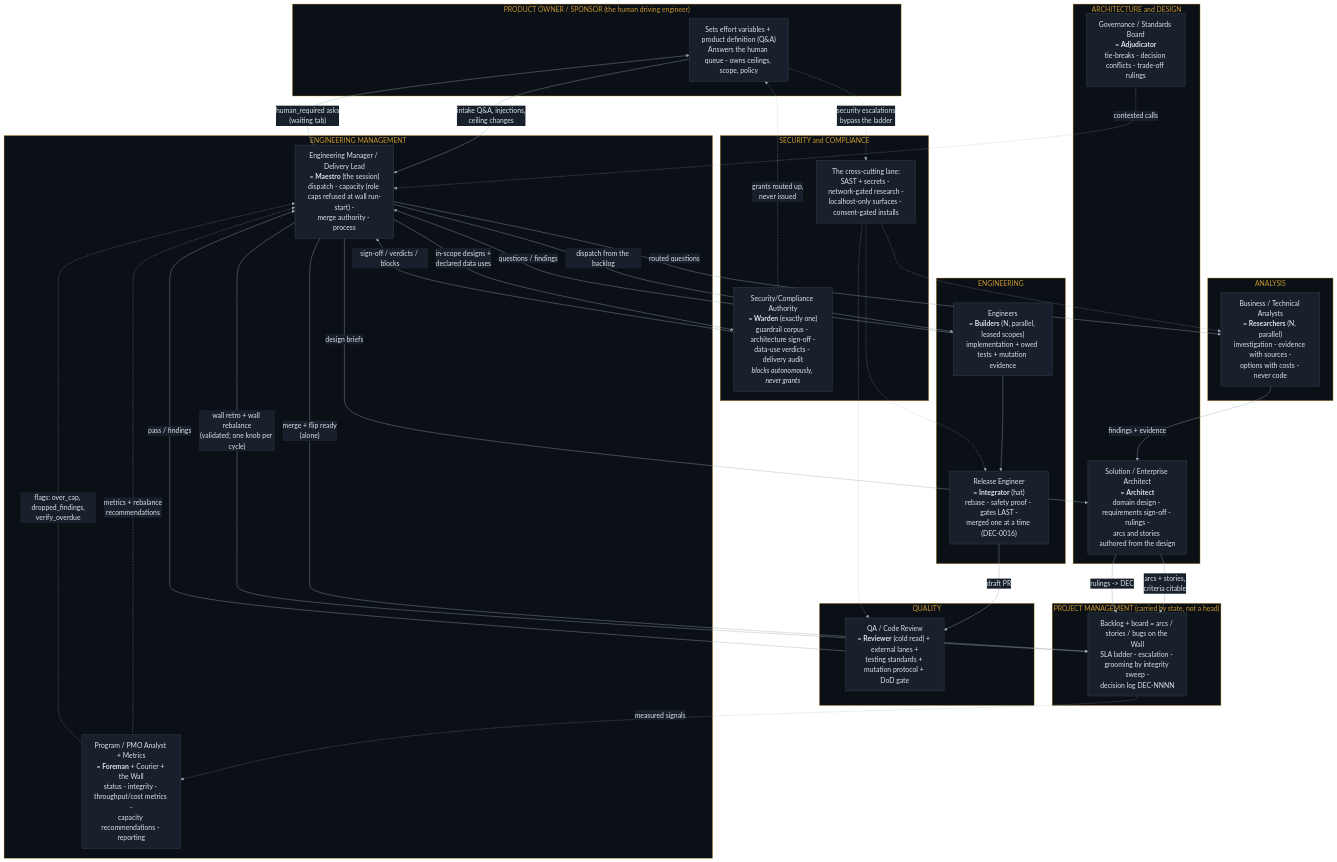
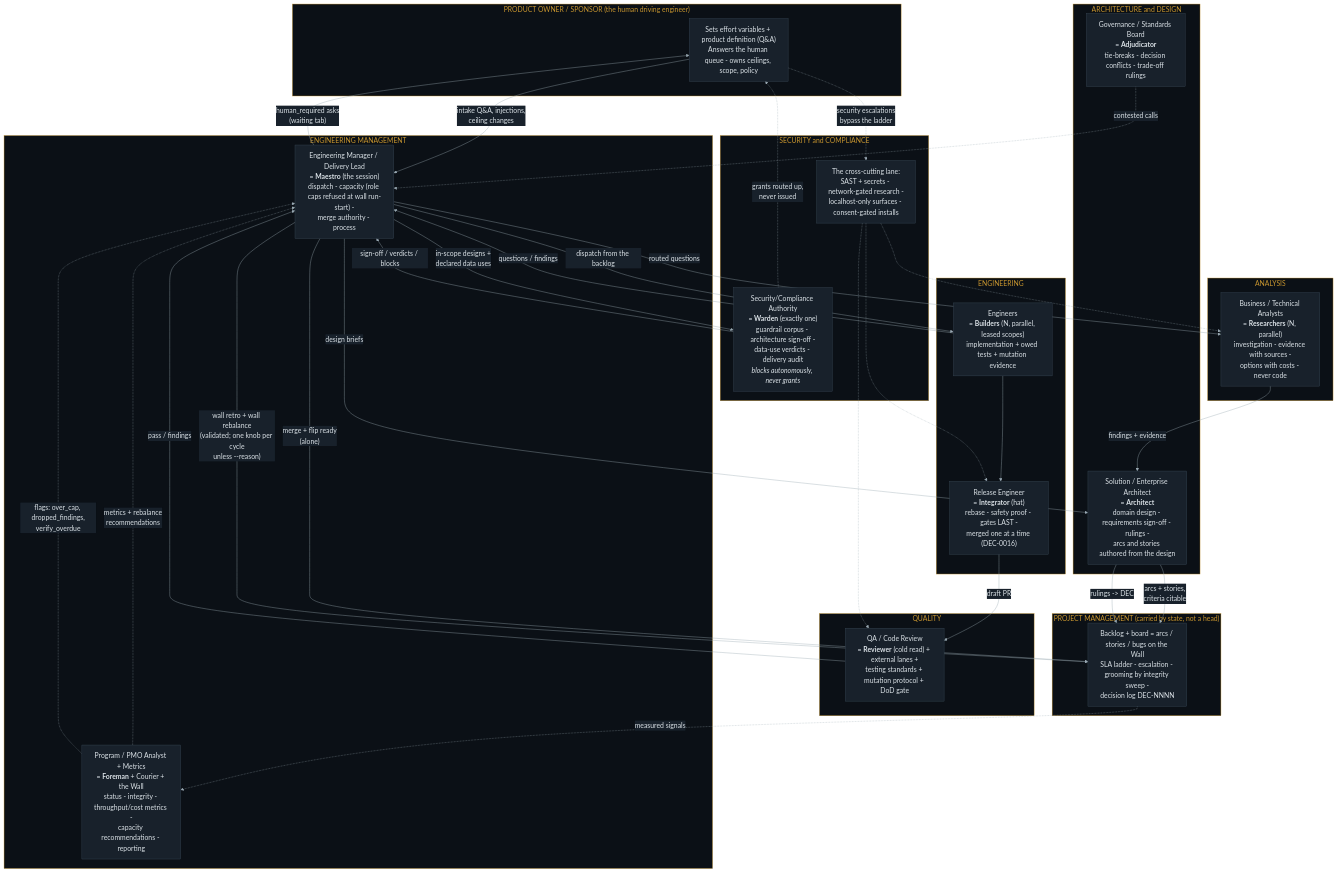
The diagram in docs/diagrams/ORG_MAPPING.md (newellnarco/EngTeam-Wallkit-BluePrint), drawn with Mermaid before and after one commit. The commit also changed other lines of this file and 6 other files, not shown here.

````diff
--- a/docs/diagrams/ORG_MAPPING.md
+++ b/docs/diagrams/ORG_MAPPING.md
@@ -21,73 +21,73 @@
 ```mermaid
 %%{init: {"theme":"base","themeVariables":{
   "background":"#10161d","fontFamily":"Segoe UI, Helvetica, Arial, sans-serif","fontSize":"18px",
   "primaryColor":"#18212b","primaryTextColor":"#dce3e8","primaryBorderColor":"#3a4a58",
   "secondaryColor":"#1e2833","tertiaryColor":"#0b1016",
   "lineColor":"#9aa9b3","textColor":"#dce3e8",
   "clusterBkg":"#0b1016","clusterBorder":"#c9962f",
   "edgeLabelBackground":"#18212b","titleColor":"#c9962f",
   "nodeTextColor":"#dce3e8"
 }}}%%
 flowchart TB
     subgraph SPONSOR["PRODUCT OWNER / SPONSOR  (the human driving engineer)"]
         PO["Sets effort variables + product definition (Q&amp;A)<br/>Answers the human queue - owns ceilings, scope, policy"]
     end
 
     subgraph MGMT["ENGINEERING MANAGEMENT"]
         EM["Engineering Manager / Delivery Lead<br/>= <b>Maestro</b> (the session)<br/>dispatch - capacity (role caps refused at wall run-start) -<br/>merge authority - process"]
         PMO["Program / PMO Analyst + Metrics<br/>= <b>Foreman</b> + Courier + the Wall<br/>status - integrity - throughput/cost metrics -<br/>capacity recommendations - reporting"]
     end
 
     subgraph DESIGN["ARCHITECTURE and DESIGN"]
         SA["Solution / Enterprise Architect<br/>= <b>Architect</b><br/>domain design - requirements sign-off - rulings -<br/>arcs and stories authored from the design"]
         GOV["Governance / Standards Board<br/>= <b>Adjudicator</b><br/>tie-breaks - decision conflicts - trade-off rulings"]
     end
 
     subgraph ANALYSIS["ANALYSIS"]
         BA["Business / Technical Analysts<br/>= <b>Researchers</b> (N, parallel)<br/>investigation - evidence with sources -<br/>options with costs - never code"]
     end
 
     subgraph ENG["ENGINEERING"]
         DEV["Engineers<br/>= <b>Builders</b> (N, parallel, leased scopes)<br/>implementation + owed tests + mutation evidence"]
         REL["Release Engineer<br/>= <b>Integrator</b> (hat)<br/>rebase - safety proof - gates LAST -<br/>merged one at a time (DEC-0016)"]
     end
 
     subgraph QUALITY["QUALITY"]
         QA["QA / Code Review<br/>= <b>Reviewer</b> (cold read) + external lanes +<br/>testing standards + mutation protocol + DoD gate"]
     end
 
     subgraph SEC["SECURITY and COMPLIANCE"]
         WARD["Security/Compliance Authority<br/>= <b>Warden</b> (exactly one)<br/>guardrail corpus - architecture sign-off -<br/>data-use verdicts - delivery audit<br/><i>blocks autonomously, never grants</i>"]
         SECN["The cross-cutting lane:<br/>SAST + secrets - network-gated research -<br/>localhost-only surfaces - consent-gated installs"]
     end
 
     subgraph PM["PROJECT MANAGEMENT  (carried by state, not a head)"]
         BOARD["Backlog + board = arcs / stories / bugs on the Wall<br/>SLA ladder - escalation - grooming by integrity sweep -<br/>decision log DEC-NNNN"]
     end
 
     PO -->|"intake Q&amp;A, injections,<br/>ceiling changes"| EM
     EM -->|"human_required asks<br/>(waiting tab)"| PO
     EM -->|"design briefs"| SA
     SA -->|"arcs + stories,<br/>criteria citable"| BOARD
     EM -->|"dispatch from the backlog"| DEV
     DEV -->|"questions / findings"| EM
     EM -->|"routed questions"| BA
     BA -->|"findings + evidence"| SA
     SA -->|"rulings -> DEC"| BOARD
     GOV -.->|"contested calls"| EM
     EM -->|"in-scope designs +<br/>declared data uses"| WARD
     WARD -->|"sign-off / verdicts / blocks"| EM
     WARD -.->|"grants routed up,<br/>never issued"| PO
     DEV --> REL
     REL -->|"draft PR"| QA
     QA -->|"pass / findings"| EM
     EM -->|"merge + flip ready<br/>(alone)"| BOARD
     PMO -.->|"metrics + rebalance<br/>recommendations"| EM
-    EM -->|"wall retro + wall rebalance<br/>(validated; one knob per cycle)"| BOARD
+    EM -->|"wall retro + wall rebalance<br/>(validated; one knob per cycle<br/>unless --reason)"| BOARD
     PMO -.->|"flags: over_cap, dropped_findings,<br/>verify_overdue"| EM
     BOARD -.->|"measured signals"| PMO
     SECN -.-> QA
     SECN -.-> BA
     SECN -.-> REL
     PO -.->|"security escalations<br/>bypass the ladder"| SECN
 ```
````
